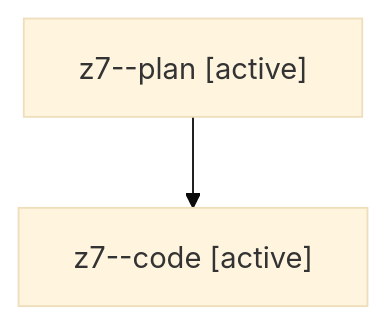
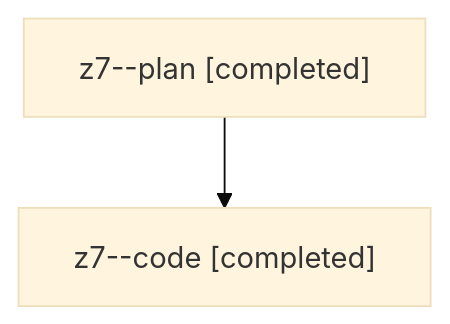
The diagram in families/bbugyi200.athena.z7.md (sase-org/sase--agents), drawn with Mermaid (base theme) before and after one commit. The commit also changed other lines of this file and 1607 other files, not shown here.

````diff
--- a/families/bbugyi200.athena.z7.md
+++ b/families/bbugyi200.athena.z7.md
@@ -9,6 +9,6 @@
 ```mermaid
 flowchart TD
-  n0["z7--plan [active]"]
-  n1["z7--code [active]"]
+  n0["z7--plan [completed]"]
+  n1["z7--code [completed]"]
   n0 --> n1
 ```
````
